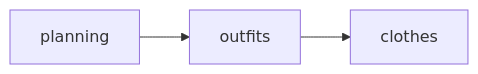
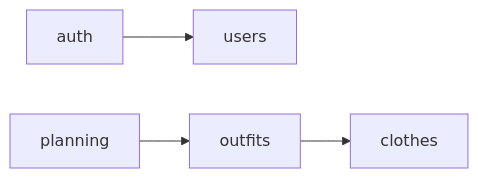
One commit to danielmao/ready changed the third of 3 diagrams in docs/02-ARCHITECTURE.md. Above: the diagram before and after it, drawn with Mermaid. The commit also changed other lines of this file and 46 other files, not shown here.

````diff
--- a/docs/02-ARCHITECTURE.md
+++ b/docs/02-ARCHITECTURE.md
@@ -291,5 +306,6 @@
 ```mermaid
 graph LR
+    auth --> users
     outfits --> clothes
     planning --> outfits
 ```
````
